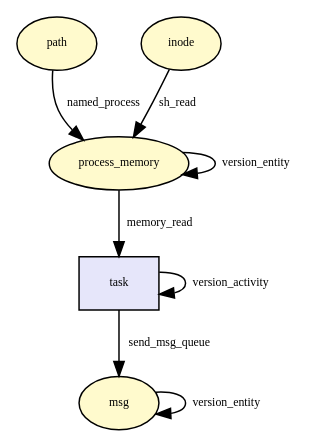
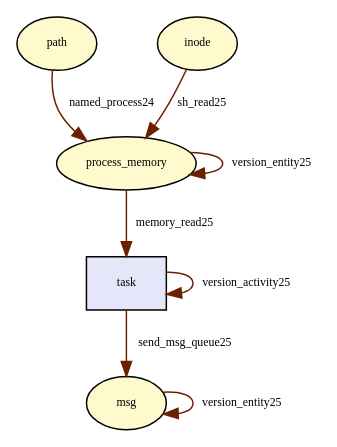
The diagram in tmp/__mq_msgsnd.dot (TinkerBellSystem/graph-matching), drawn with Graphviz before and after one commit. The commit also changed 64 other files, not shown here.

Commit message:
drawing graph. not great

```diff
--- a/tmp/__mq_msgsnd.dot
+++ b/tmp/__mq_msgsnd.dot
@@ -1,25 +1,25 @@
 digraph RGL__DirectedAdjacencyGraph {path[fontsize = 8,label = "path",shape = ellipse, fillcolor="#fffacd", style = filled]
 
 process_memory[fontsize = 8,label = "process_memory",shape = ellipse, fillcolor="#fffacd", style = filled]
 
-path -> process_memory[fontsize = 8,label = "named_process"]
+path -> process_memory[fontsize = 8,label = "named_process24", color="#6b2000"]
+
+process_memory -> process_memory[fontsize = 8,label = "version_entity25", color="#6b2000"]
+
+inode[fontsize = 8,label = "inode",shape = ellipse, fillcolor="#fffacd", style = filled]
+
+inode -> process_memory[fontsize = 8,label = "sh_read25", color="#6b2000"]
 
 task[fontsize = 8,label = "task",shape = rectangle, fillcolor="#e6e6fa", style = filled]
 
-process_memory -> task[fontsize = 8,label = "memory_read"]
+task -> task[fontsize = 8,label = "version_activity25", color="#6b2000"]
+
+process_memory -> task[fontsize = 8,label = "memory_read25", color="#6b2000"]
 
 msg[fontsize = 8,label = "msg",shape = ellipse, fillcolor="#fffacd", style = filled]
 
-task -> msg[fontsize = 8,label = "send_msg_queue"]
+msg -> msg[fontsize = 8,label = "version_entity25", color="#6b2000"]
 
-task -> task[fontsize = 8,label = "version_activity"]
-
-msg -> msg[fontsize = 8,label = "version_entity"]
-
-inode[fontsize = 8,label = "inode",shape = ellipse, fillcolor="#fffacd", style = filled]
-
-inode -> process_memory[fontsize = 8,label = "sh_read"]
-
-process_memory -> process_memory[fontsize = 8,label = "version_entity"]
+task -> msg[fontsize = 8,label = "send_msg_queue25", color="#6b2000"]
 
 }
```
